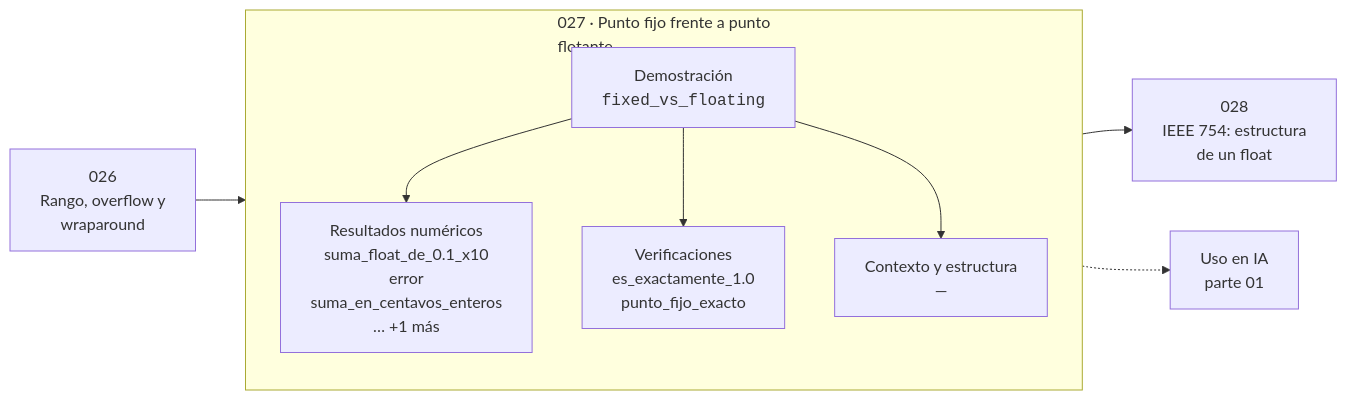
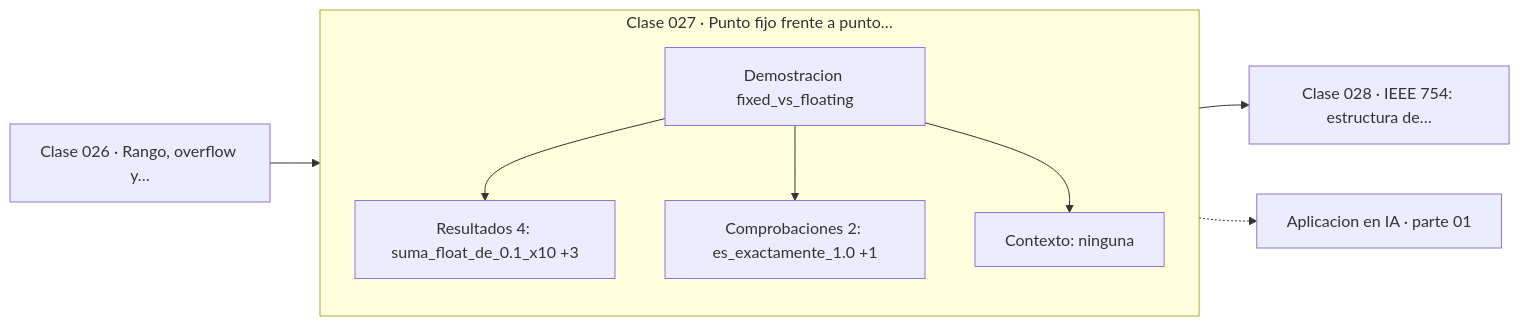
Before and after one commit to vladimiracunadev-create/computational-mathematics-program: the diagram in classes/part-01-aritmetica-computacional-y-representacion-numerica/027-punto-fijo-frente-a-punto-flotante/README.md, drawn with Mermaid. The commit also changed 389 other files, not shown here.

First line of the commit message:
fix(diagramas): elimina el HTML de las etiquetas Mermaid

````diff
--- a/classes/part-01-aritmetica-computacional-y-representacion-numerica/027-punto-fijo-frente-a-punto-flotante/README.md
+++ b/classes/part-01-aritmetica-computacional-y-representacion-numerica/027-punto-fijo-frente-a-punto-flotante/README.md
@@ -35,12 +35,13 @@
 ```mermaid
 flowchart LR
-    P["026<br/>Rango, overflow y<br/>wraparound"] --> C
-    subgraph C["027 · Punto fijo frente a punto<br/>flotante"]
+    P["Clase 026 · Rango, overflow y…"] --> D
+    subgraph CLASE["Clase 027 · Punto fijo frente a punto…"]
         direction TB
-        D["Demostración<br/><code>fixed_vs_floating</code>"] --> R["Resultados numéricos<br/>suma_float_de_0.1_x10<br/>error<br/>suma_en_centavos_enteros<br/>… +1 más"]
-        D --> V["Verificaciones<br/>es_exactamente_1.0<br/>punto_fijo_exacto"]
-        D --> O["Contexto y estructura<br/>—"]
+        D["Demostracion fixed_vs_floating"]
+        D --> R["Resultados 4: suma_float_de_0.1_x10 +3"]
+        D --> V["Comprobaciones 2: es_exactamente_1.0 +1"]
+        D --> O["Contexto: ninguna"]
     end
-    C --> N["028<br/>IEEE 754: estructura<br/>de un float"]
-    C -.-> IA["Uso en IA<br/>parte 01"]
+    R --> N["Clase 028 · IEEE 754: estructura de…"]
+    V -.-> IA["Aplicacion en IA · parte 01"]
 ```
````
